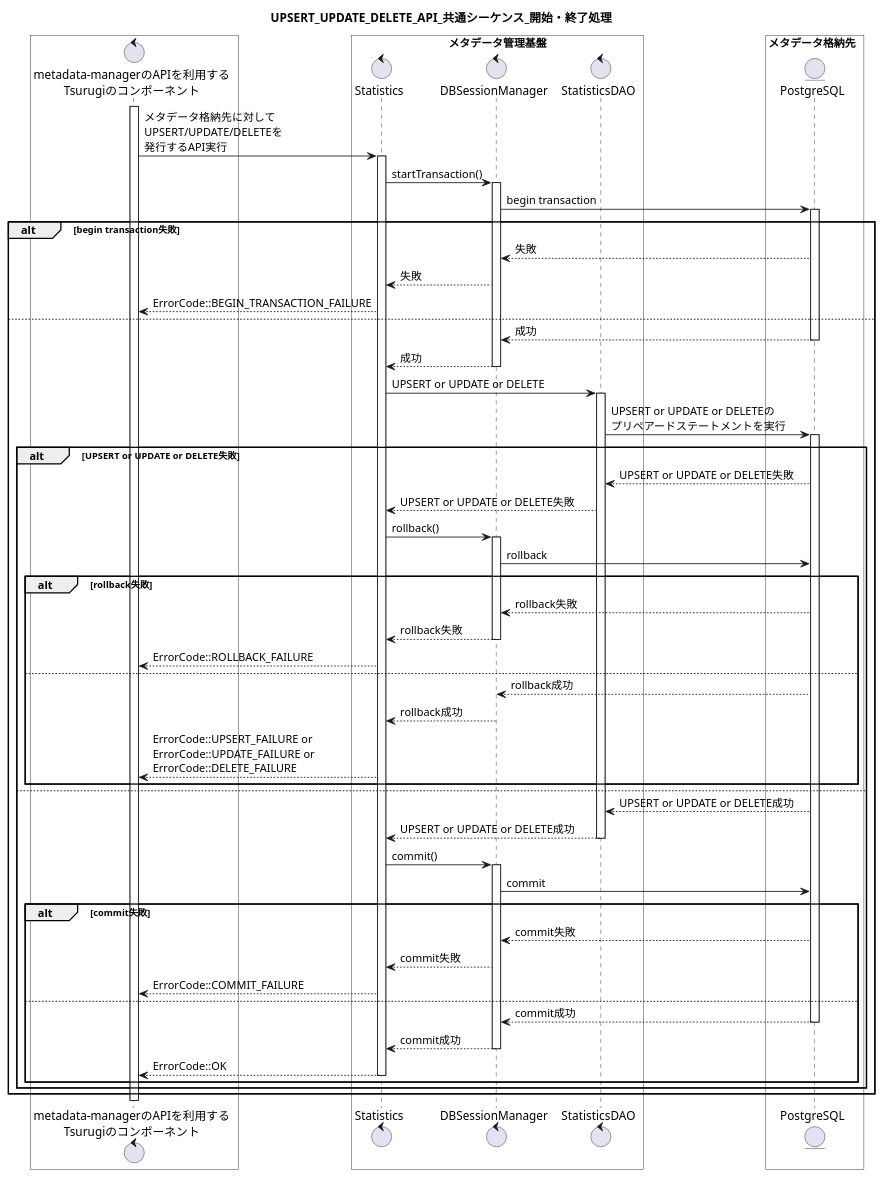
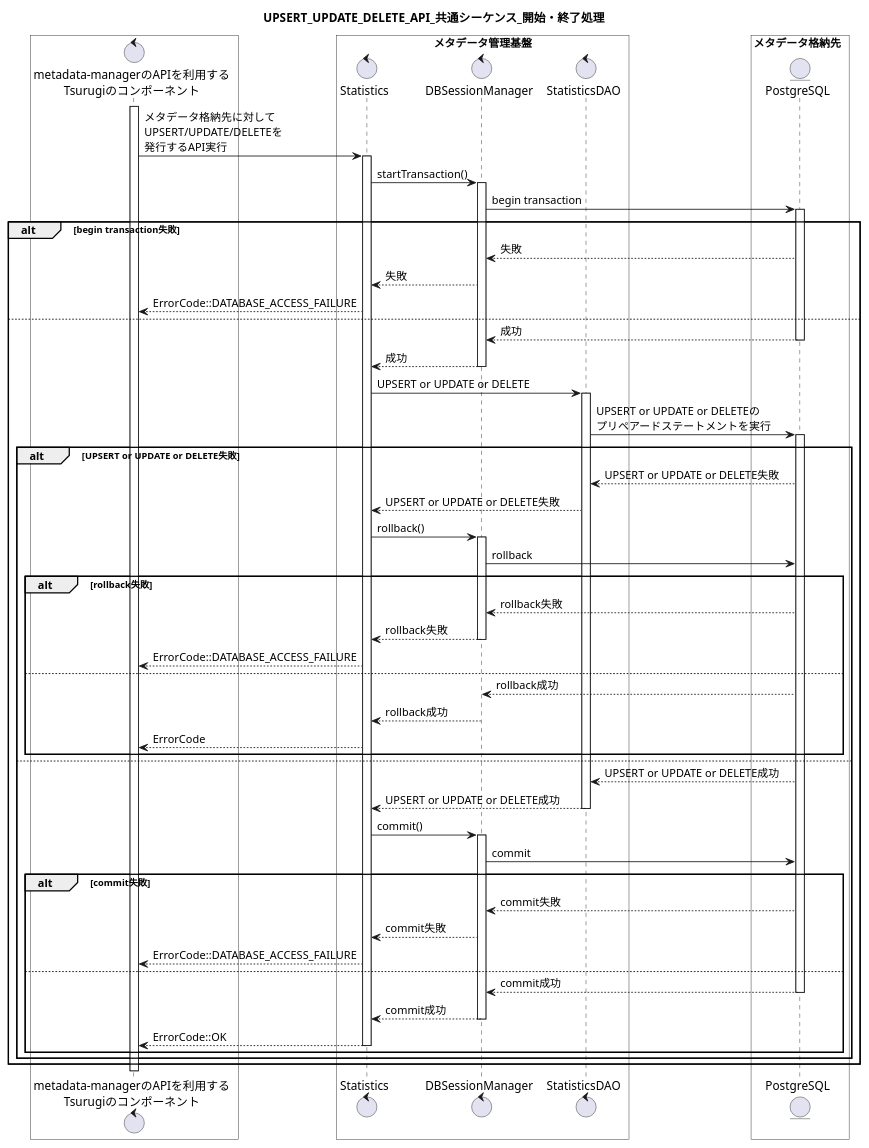
One commit to project-tsurugi/metadata-manager changed the third of 12 diagrams in metadata-manager/docs/statistic/02.FD/uml/SequenceDiagram_detail.pu. Above: the diagram before and after it, drawn with PlantUML. The commit also changed other lines of this file and 7 other files, not shown here.

Commit message:
Fix ErrorCode

```diff
--- a/metadata-manager/docs/statistic/02.FD/uml/SequenceDiagram_detail.pu
+++ b/metadata-manager/docs/statistic/02.FD/uml/SequenceDiagram_detail.pu
@@ -113,75 +113,75 @@
 @startuml
 title UPSERT_UPDATE_DELETE_API_共通シーケンス_開始・終了処理
 
 box #White
 control "metadata-managerのAPIを利用する\nTsurugiのコンポーネント" as ogawayama
 end box
 box "メタデータ管理基盤" #White
 control "Statistics" as Statistics
 control "DBSessionManager" as DBSessionManager
 control "StatisticsDAO" as StatisticsDAO
 end box
 box メタデータ格納先  #White
 entity "PostgreSQL" as metadata_storage
 end box
 
 activate ogawayama
 ogawayama -> Statistics : メタデータ格納先に対して\nUPSERT/UPDATE/DELETEを\n発行するAPI実行
 activate Statistics
 Statistics -> DBSessionManager : startTransaction()
 activate DBSessionManager
 DBSessionManager -> metadata_storage : begin transaction
 activate metadata_storage
 alt begin transaction失敗
 DBSessionManager <-- metadata_storage : 失敗
 Statistics <-- DBSessionManager : 失敗
-ogawayama <-- Statistics : ErrorCode::BEGIN_TRANSACTION_FAILURE
+ogawayama <-- Statistics : ErrorCode::DATABASE_ACCESS_FAILURE
 else
 DBSessionManager <-- metadata_storage : 成功
 deactivate metadata_storage
 Statistics <-- DBSessionManager : 成功
 deactivate DBSessionManager
 Statistics -> StatisticsDAO : UPSERT or UPDATE or DELETE
 activate StatisticsDAO
 StatisticsDAO -> metadata_storage : UPSERT or UPDATE or DELETEの\nプリペアードステートメントを実行
 
 alt UPSERT or UPDATE or DELETE失敗
 activate metadata_storage
 StatisticsDAO <-- metadata_storage : UPSERT or UPDATE or DELETE失敗
 Statistics <-- StatisticsDAO : UPSERT or UPDATE or DELETE失敗
 Statistics -> DBSessionManager : rollback()
 activate DBSessionManager
 DBSessionManager -> metadata_storage : rollback
 alt rollback失敗
 DBSessionManager <-- metadata_storage : rollback失敗
 Statistics <-- DBSessionManager : rollback失敗
 deactivate DBSessionManager
-ogawayama <-- Statistics : ErrorCode::ROLLBACK_FAILURE
+ogawayama <-- Statistics : ErrorCode::DATABASE_ACCESS_FAILURE
 else
 DBSessionManager <-- metadata_storage : rollback成功
 Statistics <-- DBSessionManager : rollback成功
 deactivate DBSessionManager
-ogawayama <-- Statistics : ErrorCode::UPSERT_FAILURE or \nErrorCode::UPDATE_FAILURE or \nErrorCode::DELETE_FAILURE
+ogawayama <-- Statistics : ErrorCode
 end
 else
 StatisticsDAO <-- metadata_storage : UPSERT or UPDATE or DELETE成功
 Statistics <-- StatisticsDAO : UPSERT or UPDATE or DELETE成功
 deactivate StatisticsDAO
 Statistics -> DBSessionManager : commit()
 activate DBSessionManager
 DBSessionManager -> metadata_storage : commit
 alt commit失敗
 DBSessionManager <-- metadata_storage : commit失敗
 Statistics <-- DBSessionManager : commit失敗
-ogawayama <-- Statistics : ErrorCode::COMMIT_FAILURE
+ogawayama <-- Statistics : ErrorCode::DATABASE_ACCESS_FAILURE
 else
 DBSessionManager <-- metadata_storage : commit成功
 deactivate metadata_storage
 Statistics <-- DBSessionManager : commit成功
 deactivate DBSessionManager
 ogawayama <-- Statistics : ErrorCode::OK
 deactivate Statistics
 end
 end
 end
 @enduml
```
